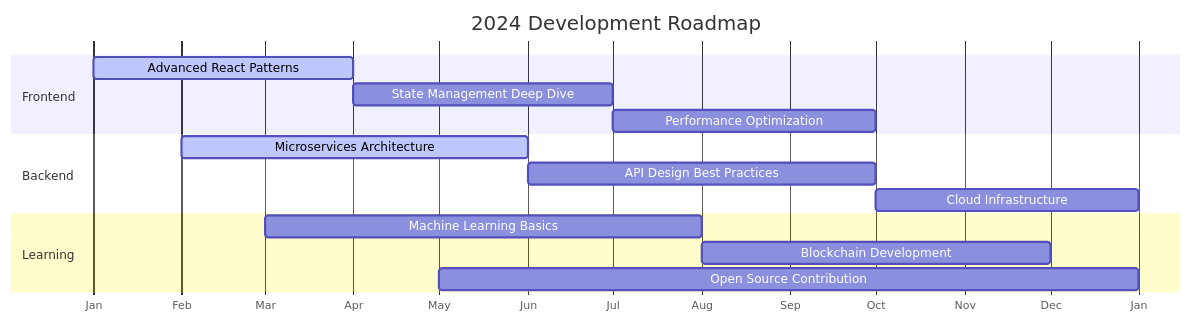
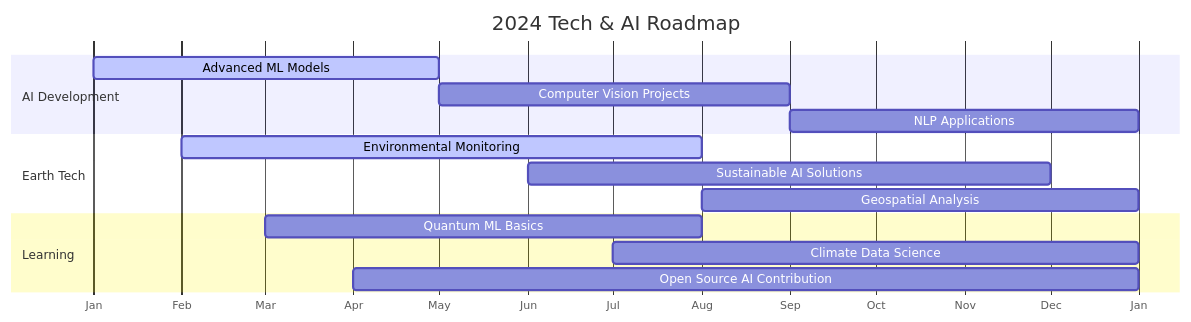
The diagram in README.md (JunFeng1a/JunFeng1a), drawn with Mermaid before and after one commit. The commit also changed other lines of this file, not shown here.

````diff
--- a/README.md
+++ b/README.md
@@ -125,21 +135,21 @@
 ```mermaid
 gantt
-    title 2024 Development Roadmap
+    title 2024 Tech & AI Roadmap
     dateFormat  YYYY-MM
     axisFormat %b
     
-    section Frontend
-    Advanced React Patterns     :active, 2024-01, 3M
-    State Management Deep Dive  :2024-04, 3M
-    Performance Optimization    :2024-07, 3M
+    section AI Development
+    Advanced ML Models     :active, 2024-01, 4M
+    Computer Vision Projects  :2024-05, 4M
+    NLP Applications    :2024-09, 4M
     
-    section Backend
-    Microservices Architecture  :active, 2024-02, 4M
-    API Design Best Practices   :2024-06, 4M
-    Cloud Infrastructure        :2024-10, 3M
+    section Earth Tech
+    Environmental Monitoring  :active, 2024-02, 6M
+    Sustainable AI Solutions   :2024-06, 6M
+    Geospatial Analysis        :2024-08, 5M
     
     section Learning
-    Machine Learning Basics     :2024-03, 5M
-    Blockchain Development      :2024-08, 4M
-    Open Source Contribution    :2024-05, 8M
+    Quantum ML Basics     :2024-03, 5M
+    Climate Data Science  :2024-07, 6M
+    Open Source AI Contribution :2024-04, 9M
 ```
````
